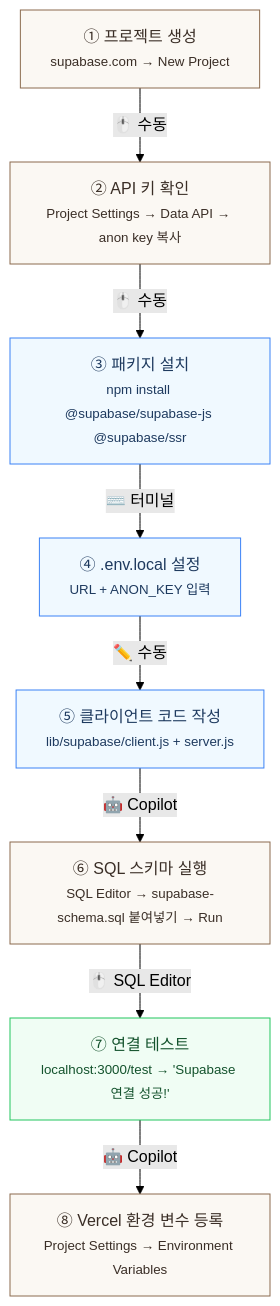
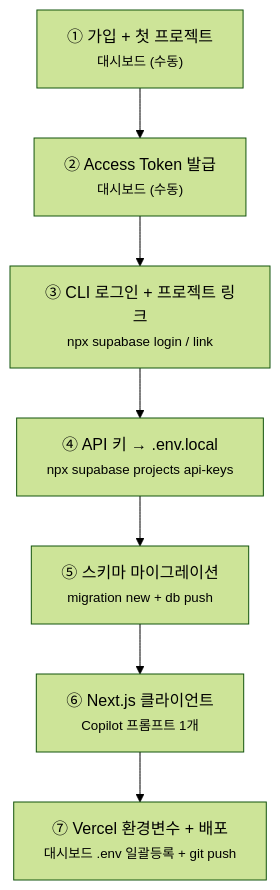
Before and after one commit to jun17177/my-first-web: the diagram in docs/ch08a.md, drawn with Mermaid (forest theme). The commit also changed other lines of this file and 6 other files, not shown here.

Commit message:
Ch9: Supabase 브라우저 클라이언트 및 마이그레이션 초기 설정

````diff
--- a/docs/ch08a.md
+++ b/docs/ch08a.md
@@ -10,28 +10,12 @@
 ```mermaid
 flowchart TD
-    A["① 프로젝트 생성<br/><small>supabase.com → New Project</small>"]
-    B["② API 키 확인<br/><small>Project Settings → Data API → anon key 복사</small>"]
-    C["③ 패키지 설치<br/><small>npm install @supabase/supabase-js @supabase/ssr</small>"]
-    D["④ .env.local 설정<br/><small>URL + ANON_KEY 입력</small>"]
-    E["⑤ 클라이언트 코드 작성<br/><small>lib/supabase/client.js + server.js</small>"]
-    F["⑥ SQL 스키마 실행<br/><small>SQL Editor → supabase-schema.sql 붙여넣기 → Run</small>"]
-    G["⑦ 연결 테스트<br/><small>localhost:3000/test → 'Supabase 연결 성공!'</small>"]
-    H["⑧ Vercel 환경 변수 등록<br/><small>Project Settings → Environment Variables</small>"]
+    A["① 가입 + 첫 프로젝트<br/><small>대시보드 (수동)</small>"]
+    B["② Access Token 발급<br/><small>대시보드 (수동)</small>"]
+    C["③ CLI 로그인 + 프로젝트 링크<br/><small>npx supabase login / link</small>"]
+    D["④ API 키 → .env.local<br/><small>npx supabase projects api-keys</small>"]
+    E["⑤ 스키마 마이그레이션<br/><small>migration new + db push</small>"]
+    F["⑥ Next.js 클라이언트<br/><small>Copilot 프롬프트 1개</small>"]
+    G["⑦ Vercel 환경변수 + 배포<br/><small>대시보드 .env 일괄등록 + git push</small>"]
 
-    A -->|"🖱️ 수동"| B
-    B -->|"🖱️ 수동"| C
-    C -->|"⌨️ 터미널"| D
-    D -->|"✏️ 수동"| E
-    E -->|"🤖 Copilot"| F
-    F -->|"🖱️ SQL Editor"| G
-    G -->|"🤖 Copilot"| H
-
-    style A fill:#FBF8F3,stroke:#8B6B4E,color:#3A2E26
-    style B fill:#FBF8F3,stroke:#8B6B4E,color:#3A2E26
-    style C fill:#f0f9ff,stroke:#3b82f6,color:#1e3a5f
-    style D fill:#f0f9ff,stroke:#3b82f6,color:#1e3a5f
-    style E fill:#f0f9ff,stroke:#3b82f6,color:#1e3a5f
-    style F fill:#FBF8F3,stroke:#8B6B4E,color:#3A2E26
-    style G fill:#f0fdf4,stroke:#22c55e,color:#14532d
-    style H fill:#FBF8F3,stroke:#8B6B4E,color:#3A2E26
+    A --> B --> C --> D --> E --> F --> G
 ```
````
